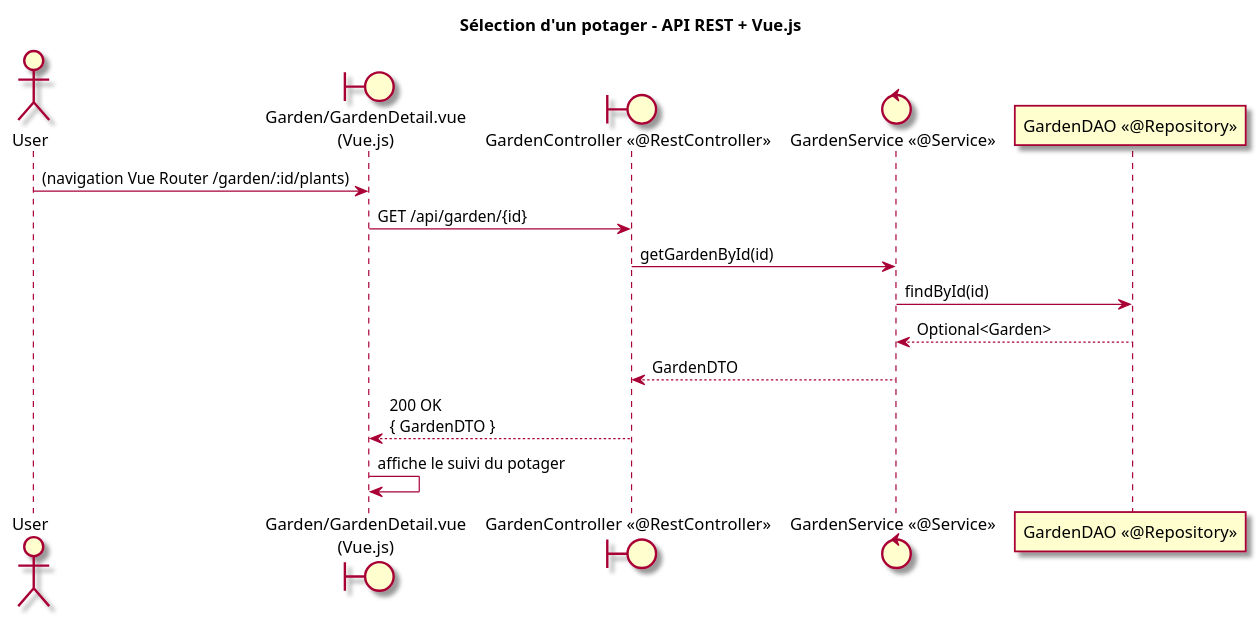
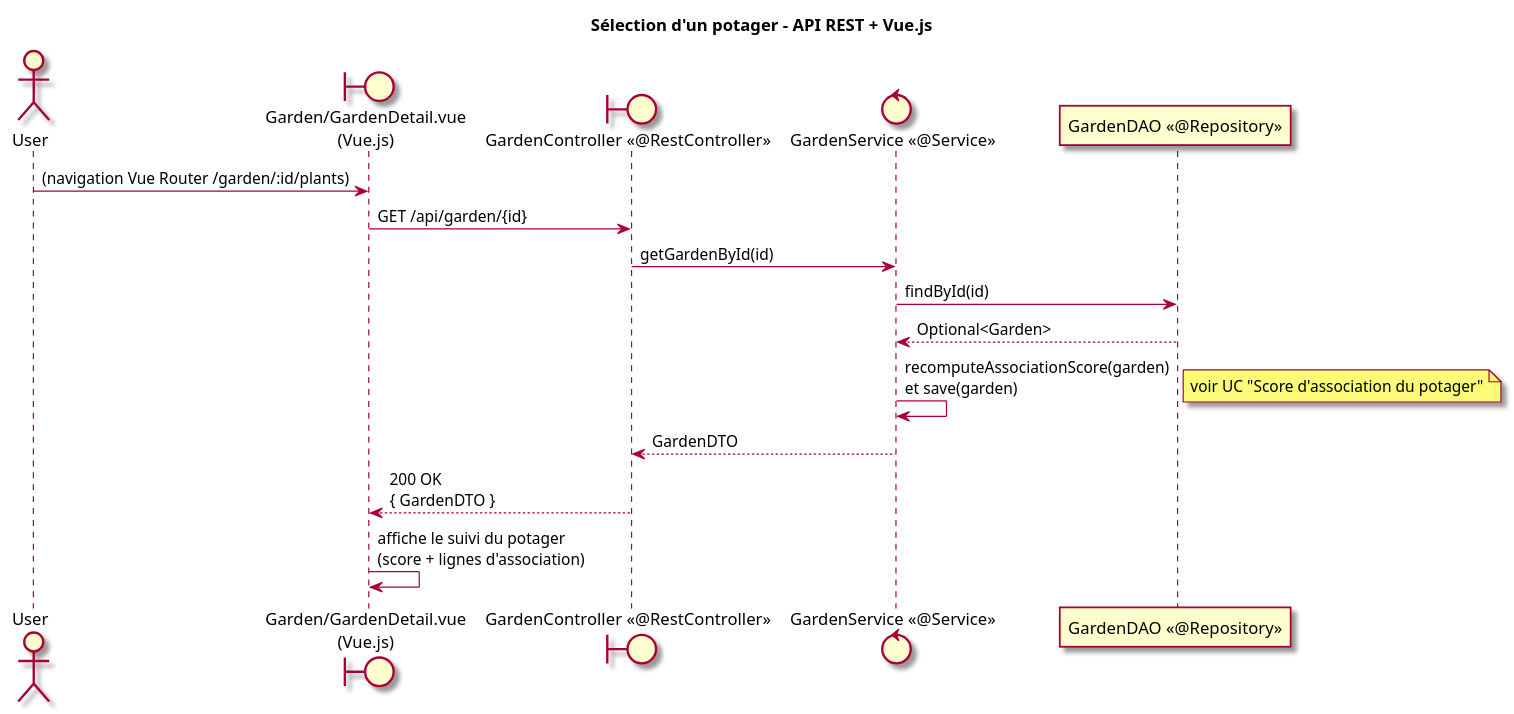
Diagram 21 of 52 in specs/03_Conception_V1.0.md (olivaux/planpotager), drawn with PlantUML before and after one commit. The commit also changed other lines of this file and 16 other files, not shown here.

```diff
--- a/specs/03_Conception_V1.0.md
+++ b/specs/03_Conception_V1.0.md
@@ -1437,22 +1446,24 @@
 ~~~plantuml
 @startuml
 title Sélection d'un potager - API REST + Vue.js
 skin rose
 
 actor User as u
 boundary "Garden/GardenDetail.vue\n(Vue.js)" as vue
 boundary "GardenController <<@RestController>>" as ctrl
 control "GardenService <<@Service>>" as svc
 participant "GardenDAO <<@Repository>>" as repo
 
 u -> vue : (navigation Vue Router /garden/:id/plants)
 vue -> ctrl : GET /api/garden/{id}
 ctrl -> svc : getGardenById(id)
 svc -> repo : findById(id)
 repo --> svc : Optional<Garden>
+svc -> svc : recomputeAssociationScore(garden)\net save(garden)
+note right : voir UC "Score d'association du potager"
 svc --> ctrl : GardenDTO
 ctrl --> vue : 200 OK\n{ GardenDTO }
-vue -> vue : affiche le suivi du potager
+vue -> vue : affiche le suivi du potager\n(score + lignes d'association)
 
 @enduml
 ~~~
```
